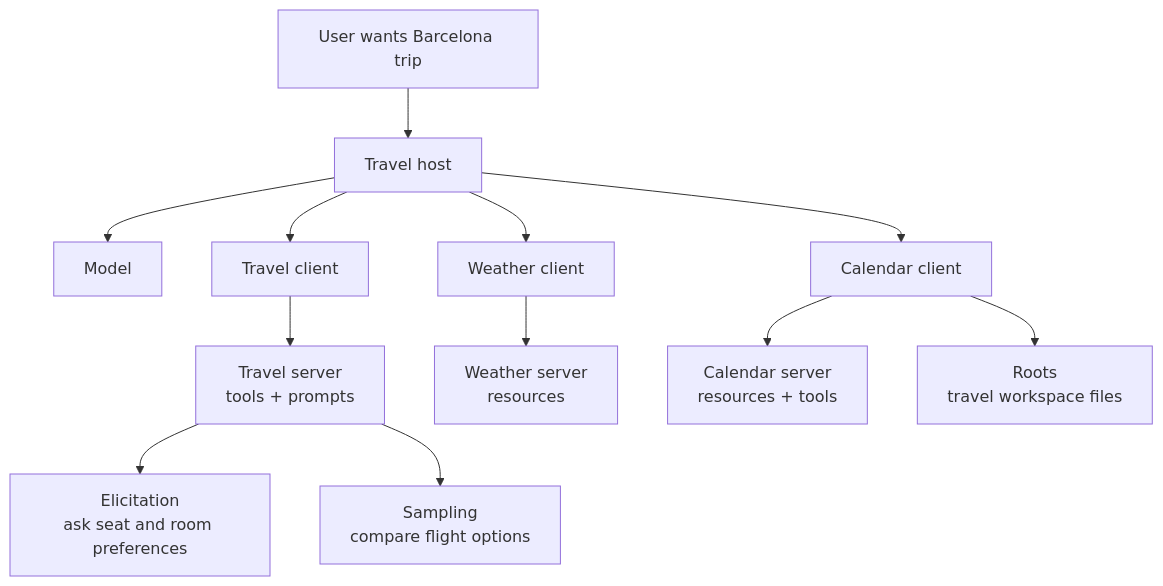
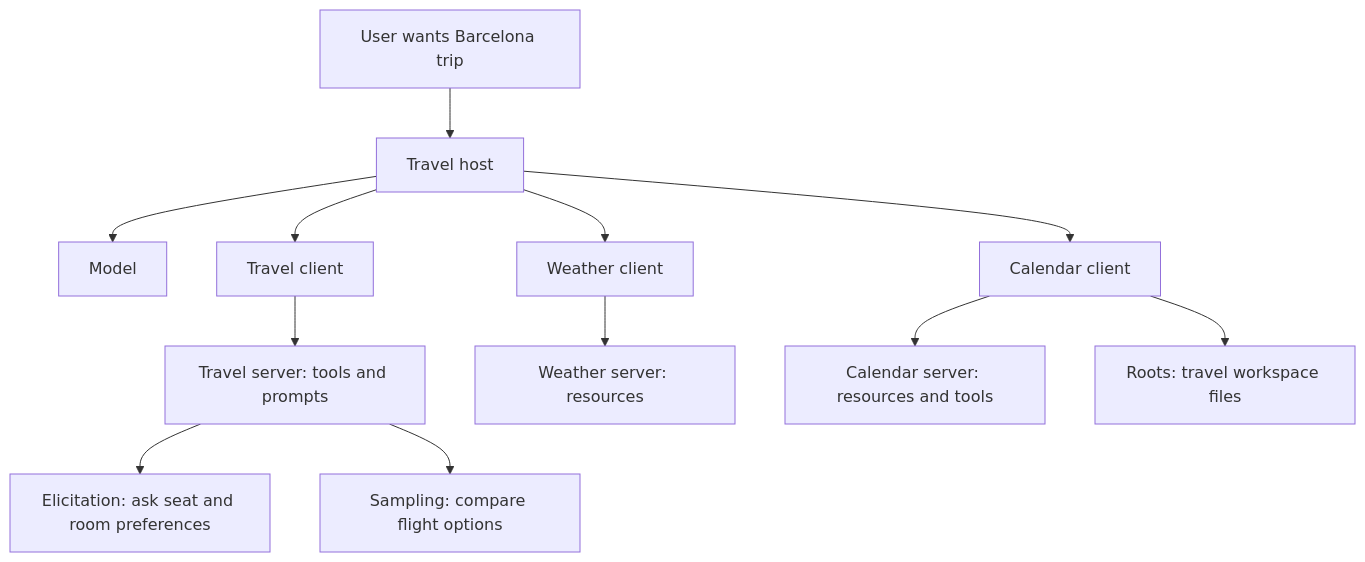
One commit to AceronX/ai-agent-roadmap changed the sixth of 6 diagrams in docs/stages/06-mcp/mcp-hosts-clients-servers/index.md. Above: the diagram before and after it, drawn with Mermaid. The commit also changed other lines of this file, not shown here.

````diff
--- a/docs/stages/06-mcp/mcp-hosts-clients-servers/index.md
+++ b/docs/stages/06-mcp/mcp-hosts-clients-servers/index.md
@@ -688,15 +688,15 @@
 ```mermaid
 flowchart TD
-    U[User wants Barcelona trip] --> H[Travel host]
-    H --> M[Model]
-    H --> CT[Travel client]
-    H --> CW[Weather client]
-    H --> CC[Calendar client]
-    CT --> ST[Travel server<br/>tools + prompts]
-    CW --> SW[Weather server<br/>resources]
-    CC --> SC[Calendar server<br/>resources + tools]
+    U["User wants Barcelona trip"] --> H["Travel host"]
+    H --> M["Model"]
+    H --> CT["Travel client"]
+    H --> CW["Weather client"]
+    H --> CC["Calendar client"]
+    CT --> ST["Travel server: tools and prompts"]
+    CW --> SW["Weather server: resources"]
+    CC --> SC["Calendar server: resources and tools"]
 
-    ST --> E[Elicitation<br/>ask seat and room preferences]
-    CC --> R[Roots<br/>travel workspace files]
-    ST --> SA[Sampling<br/>compare flight options]
+    ST --> E["Elicitation: ask seat and room preferences"]
+    CC --> R["Roots: travel workspace files"]
+    ST --> SA["Sampling: compare flight options"]
 ```
````
